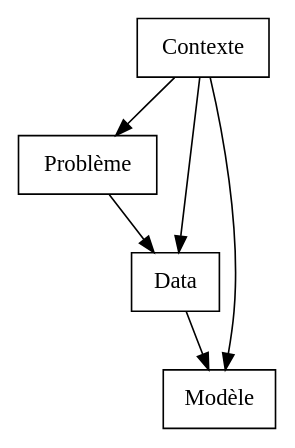
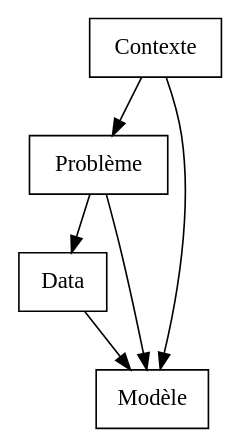
The diagram in docs/img-modelisation-data-model.gv (AntoineChn/ShinyStanForMCsim), drawn with Graphviz before and after one commit. The commit also changed 1 other file, not shown here.

Commit message:
Change Contexte Model, Data strucutre

```diff
--- a/docs/img-modelisation-data-model.gv
+++ b/docs/img-modelisation-data-model.gv
@@ -1,13 +1,15 @@
 digraph {
   # a 'graph' statement
   graph [overlap = true, fontsize = 5]
   
   # add node statements
   node [shape = box]
   Contexte; Problème ; Data ; Modèle
 
   # add edge statements
-  Contexte -> {Problème Data Modèle} ;
+  Contexte -> {Problème} ;
   Problème -> Data;
   Data -> Modèle ;
+  Problème -> Modèle ;
+  Contexte -> Modèle
 }
```
